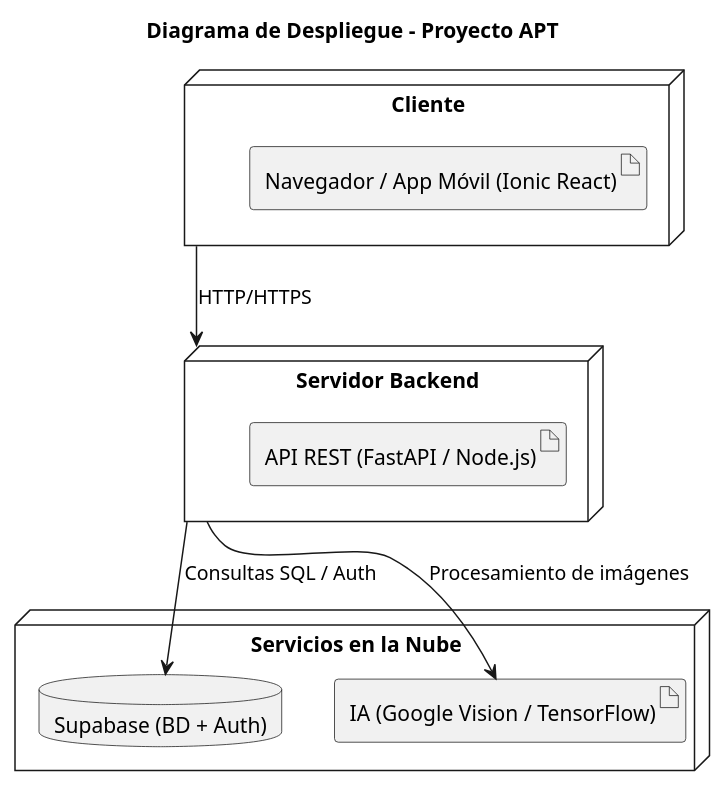
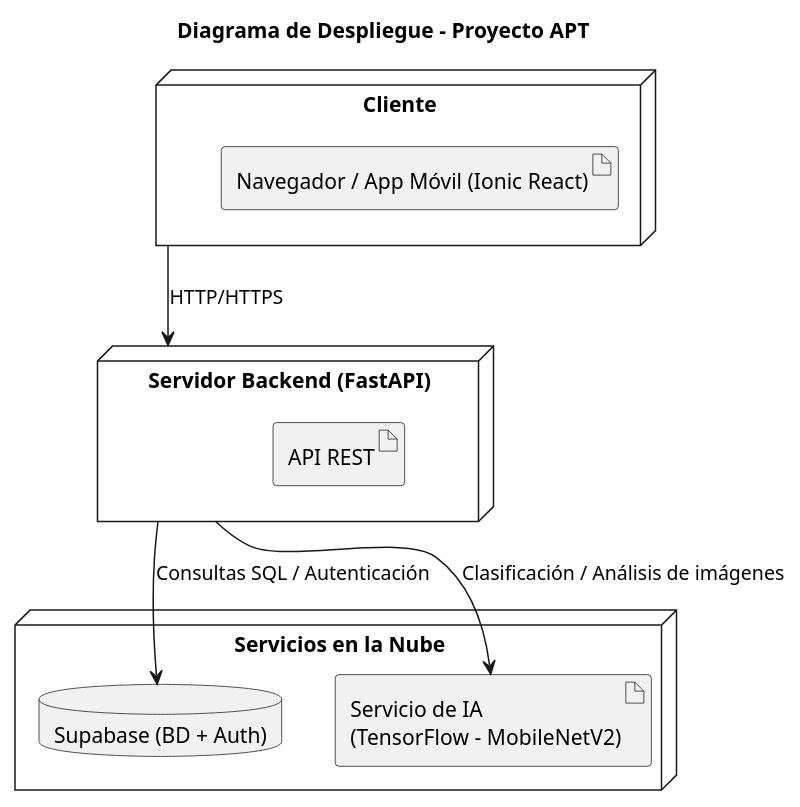
Before and after one commit to Tihare-Campusano/NEXA: the diagram in inventario-app/docs/diagramas/Diagrama_de_despliegue.puml, drawn with PlantUML. The commit also changed 13 other files, not shown here.

```diff
--- a/inventario-app/docs/diagramas/Diagrama_de_despliegue.puml
+++ b/inventario-app/docs/diagramas/Diagrama_de_despliegue.puml
@@ -1,21 +1,21 @@
 @startuml Diagrama_de_despliegue
 title Diagrama de Despliegue - Proyecto APT
 
 node "Cliente" {
     artifact "Navegador / App Móvil (Ionic React)"
 }
 
-node "Servidor Backend" {
-    artifact "API REST (FastAPI / Node.js)"
+node "Servidor Backend (FastAPI)" {
+    artifact "API REST"
 }
 
 node "Servicios en la Nube" {
     database "Supabase (BD + Auth)"
-    artifact "IA (Google Vision / TensorFlow)"
+    artifact "Servicio de IA\n(TensorFlow - MobileNetV2)"
 }
 
-"Cliente" --> "Servidor Backend" : HTTP/HTTPS
-"Servidor Backend" --> "Supabase (BD + Auth)" : Consultas SQL / Auth
-"Servidor Backend" --> "IA (Google Vision / TensorFlow)" : Procesamiento de imágenes
+"Cliente" --> "Servidor Backend (FastAPI)" : HTTP/HTTPS
+"Servidor Backend (FastAPI)" --> "Supabase (BD + Auth)" : Consultas SQL / Autenticación
+"Servidor Backend (FastAPI)" --> "Servicio de IA\n(TensorFlow - MobileNetV2)" : Clasificación / Análisis de imágenes
 
 @enduml
```
